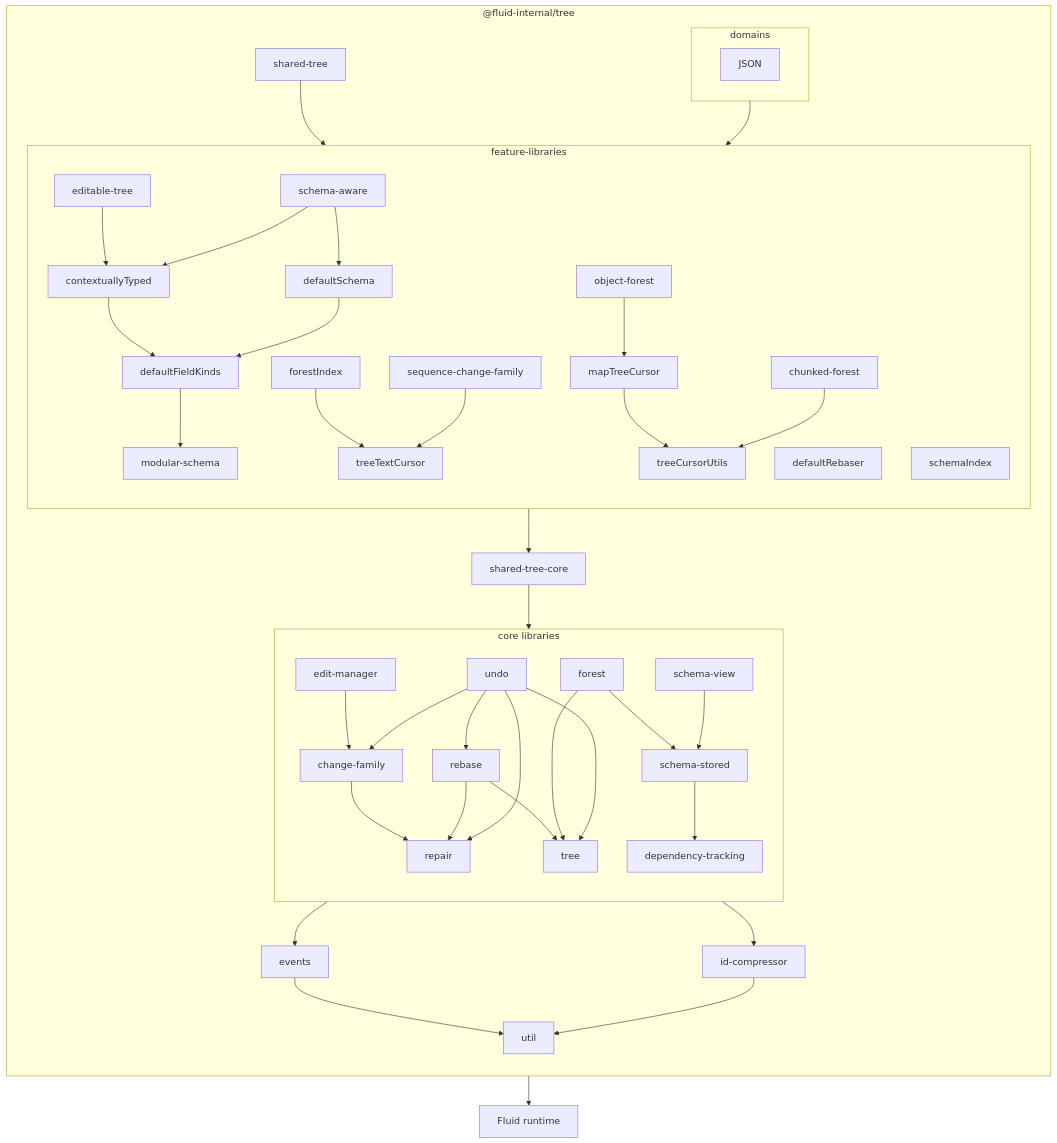
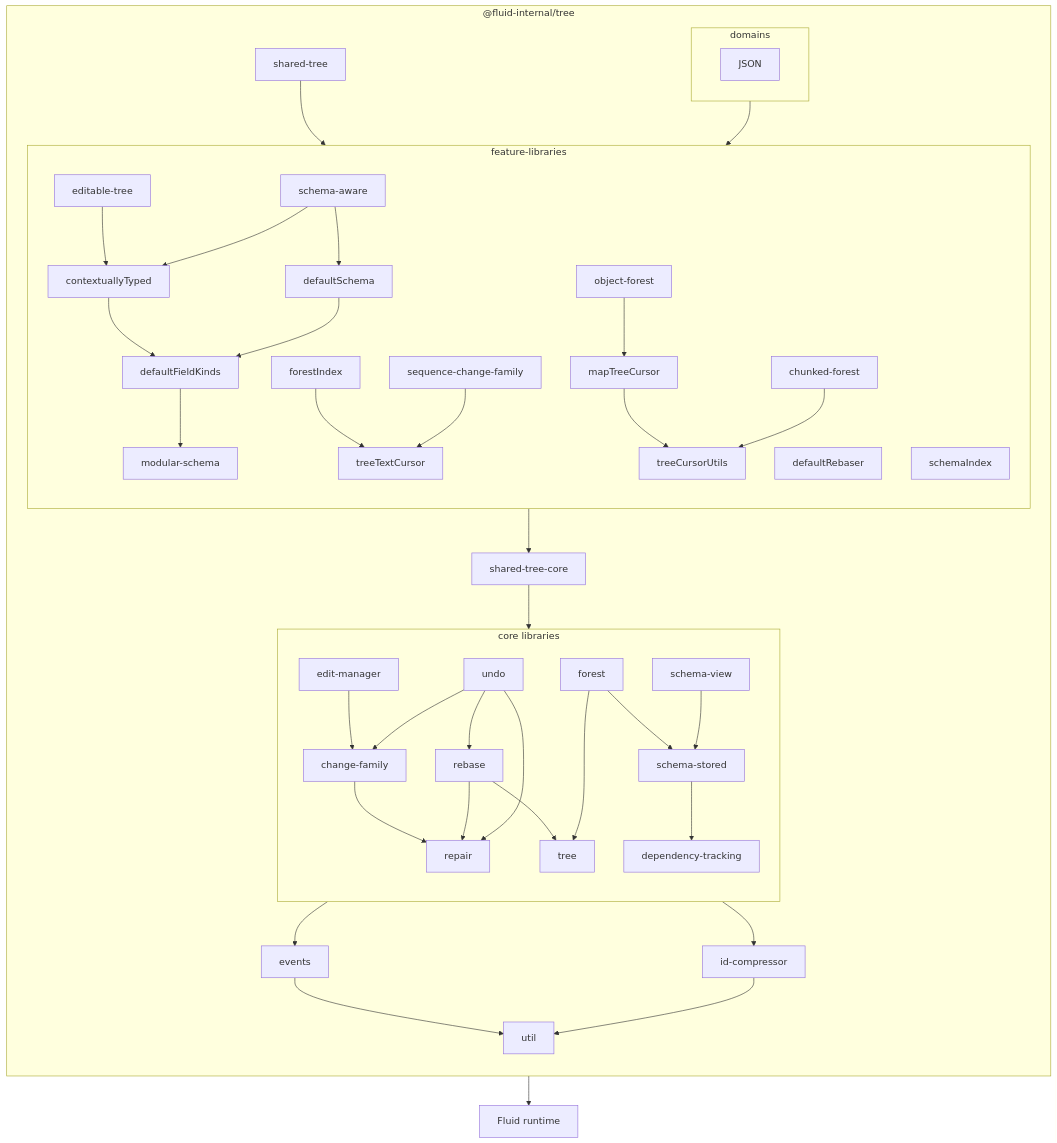
One commit to microsoft/FluidFramework changed the sixth of 6 diagrams in packages/dds/tree/README.md. Above: the diagram before and after it, drawn with Mermaid. The commit also changed 1 other file, not shown here.

Commit message:
Update dependency graph

````diff
--- a/packages/dds/tree/README.md
+++ b/packages/dds/tree/README.md
@@ -298,48 +298,47 @@
 ```mermaid
 flowchart
     direction TB
     subgraph package ["@fluid-internal/tree"]
         direction TB
         subgraph core ["core libraries"]
             direction TB
             forest-->schema-stored
             change-family-->repair
             edit-manager-->change-family
             rebase-->repair
             rebase-->tree
             schema-stored-->dependency-tracking
             schema-view-->schema-stored
             dependency-tracking
             forest-->tree
             undo-->change-family
             undo-->rebase
             undo-->repair
-            undo-->tree
         end
         core-->events-->util
         core-->id-compressor-->util
         feature-->shared-tree-core
         shared-tree-core-->core
         shared-tree-->feature
         subgraph feature ["feature-libraries"]
             direction TB
             editable-tree-->contextuallyTyped
             defaultRebaser
             contextuallyTyped-->defaultFieldKinds
             defaultSchema-->defaultFieldKinds-->modular-schema
             forestIndex-->treeTextCursor
             schema-aware-->defaultSchema
             schema-aware-->contextuallyTyped
             modular-schema
             object-forest-->mapTreeCursor-->treeCursorUtils
             chunked-forest-->treeCursorUtils
             schemaIndex
             sequence-change-family-->treeTextCursor
         end
         subgraph domains
             JSON
         end
         domains-->feature
     end
     package-->runtime["Fluid runtime"]
 ```
````
